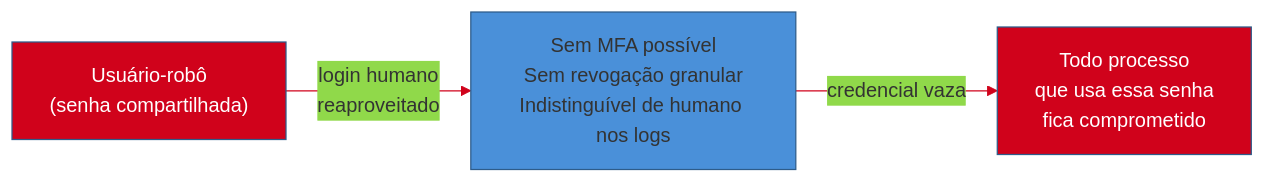
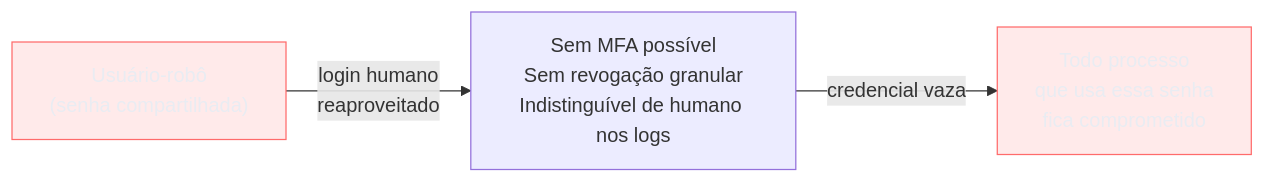
One commit to josenaldo/codex-technomanticus changed the first of 6 diagrams in 03-Dominios/Engenharia/Auth e Identidade/2 - OAuth 2.1 e OpenID Connect/04 - Grants de máquina e fluxos especiais.md. Above: the diagram before and after it, drawn with Mermaid. The commit also changed other lines of this file and 1181 other files, not shown here.

First line of the commit message:
fix(diagramas): paleta do sistema no lugar de cor cravada no markdown

````diff
--- a/03-Dominios/Engenharia/Auth e Identidade/2 - OAuth 2.1 e OpenID Connect/04 - Grants de máquina e fluxos especiais.md
+++ b/03-Dominios/Engenharia/Auth e Identidade/2 - OAuth 2.1 e OpenID Connect/04 - Grants de máquina e fluxos especiais.md
@@ -37,9 +37,9 @@
 ```mermaid
-%%{init: {"theme": "base", "themeVariables": {"primaryColor": "#4A90D9", "primaryBorderColor": "#2E5C8A", "lineColor": "#D0021B"}}}%%
 graph LR
+    classDef falha fill:#FF6B6B24,stroke:#FF6B6B,color:#E9ECF2
     A["Usuário-robô<br/>(senha compartilhada)"] -->|"login humano<br/>reaproveitado"| B["Sem MFA possível<br/>Sem revogação granular<br/>Indistinguível de humano nos logs"]
     B -->|"credencial vaza"| C["Todo processo<br/>que usa essa senha<br/>fica comprometido"]
 
-    style A fill:#D0021B,color:#fff
-    style C fill:#D0021B,color:#fff
+    class A falha
+    class C falha
 ```
````
